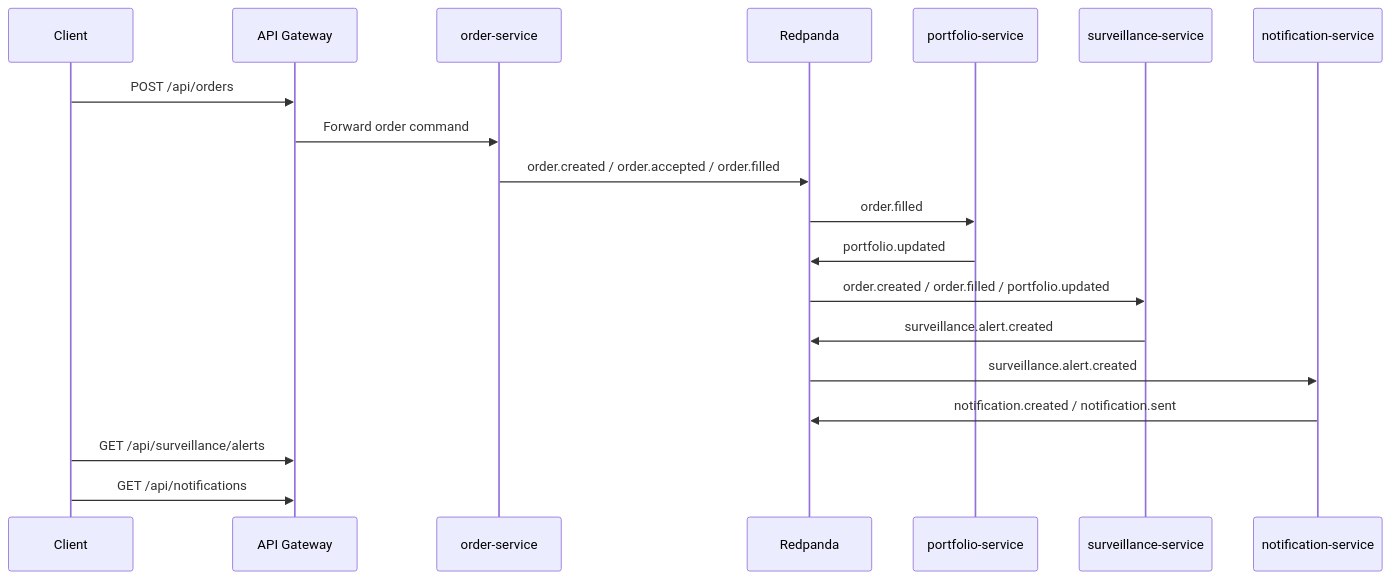
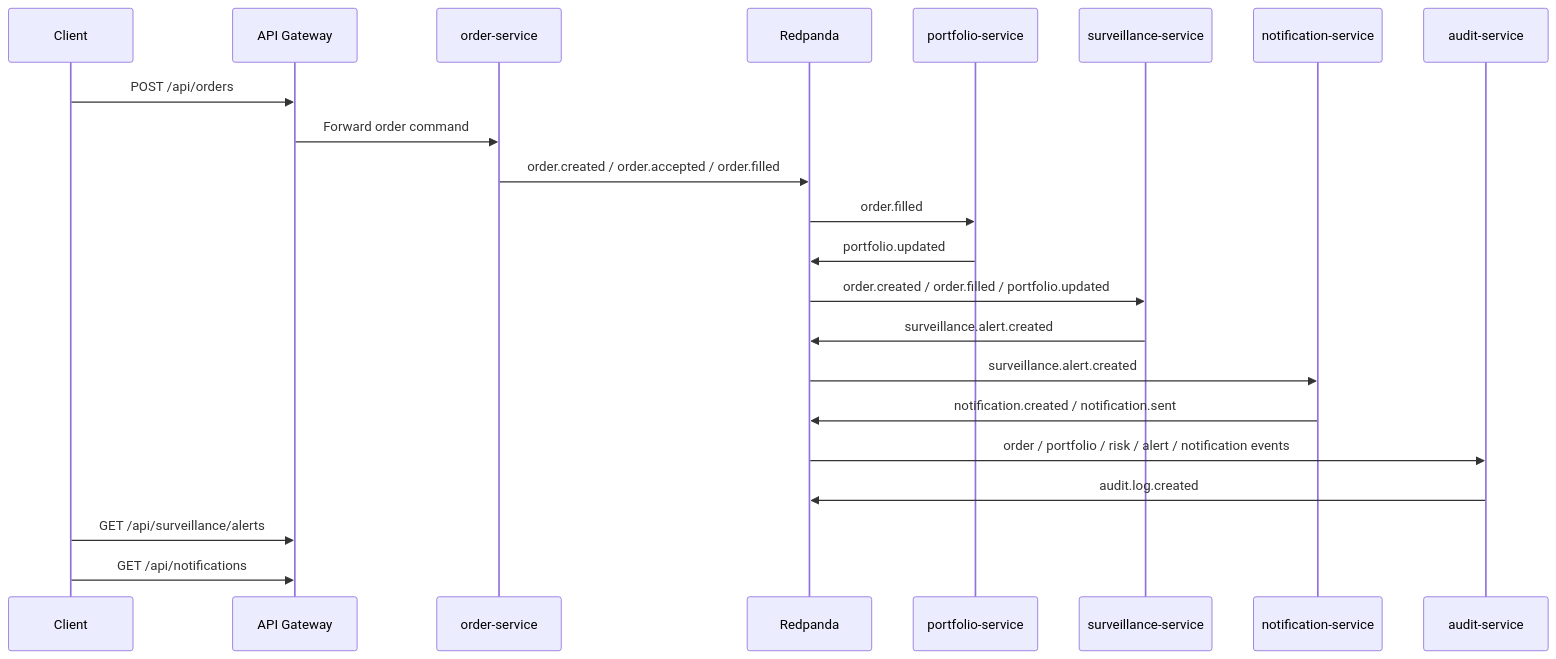
The diagram in docs/architecture/event-flow.md (ietuday/tradeops-intelligence-platform), drawn with Mermaid before and after one commit. The commit also changed other lines of this file and 45 other files, not shown here.

First line of the commit message:
feat(audit-service): implement Kafka producer for audit logs

````diff
--- a/docs/architecture/event-flow.md
+++ b/docs/architecture/event-flow.md
@@ -35,22 +39,25 @@
 ```mermaid
 sequenceDiagram
   participant Client
   participant Gateway as API Gateway
   participant Order as order-service
   participant Kafka as Redpanda
   participant Portfolio as portfolio-service
   participant Surveillance as surveillance-service
   participant Notification as notification-service
+  participant Audit as audit-service
 
   Client->>Gateway: POST /api/orders
   Gateway->>Order: Forward order command
   Order->>Kafka: order.created / order.accepted / order.filled
   Kafka->>Portfolio: order.filled
   Portfolio->>Kafka: portfolio.updated
   Kafka->>Surveillance: order.created / order.filled / portfolio.updated
   Surveillance->>Kafka: surveillance.alert.created
   Kafka->>Notification: surveillance.alert.created
   Notification->>Kafka: notification.created / notification.sent
+  Kafka->>Audit: order / portfolio / risk / alert / notification events
+  Audit->>Kafka: audit.log.created
   Client->>Gateway: GET /api/surveillance/alerts
   Client->>Gateway: GET /api/notifications
 ```
````
